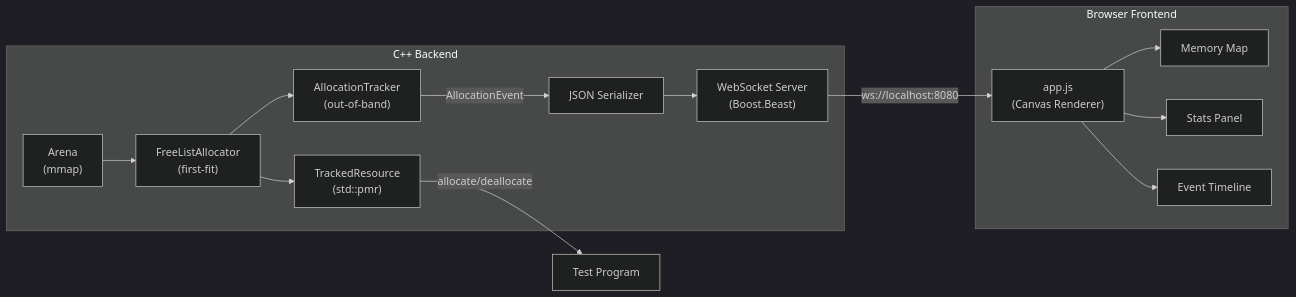
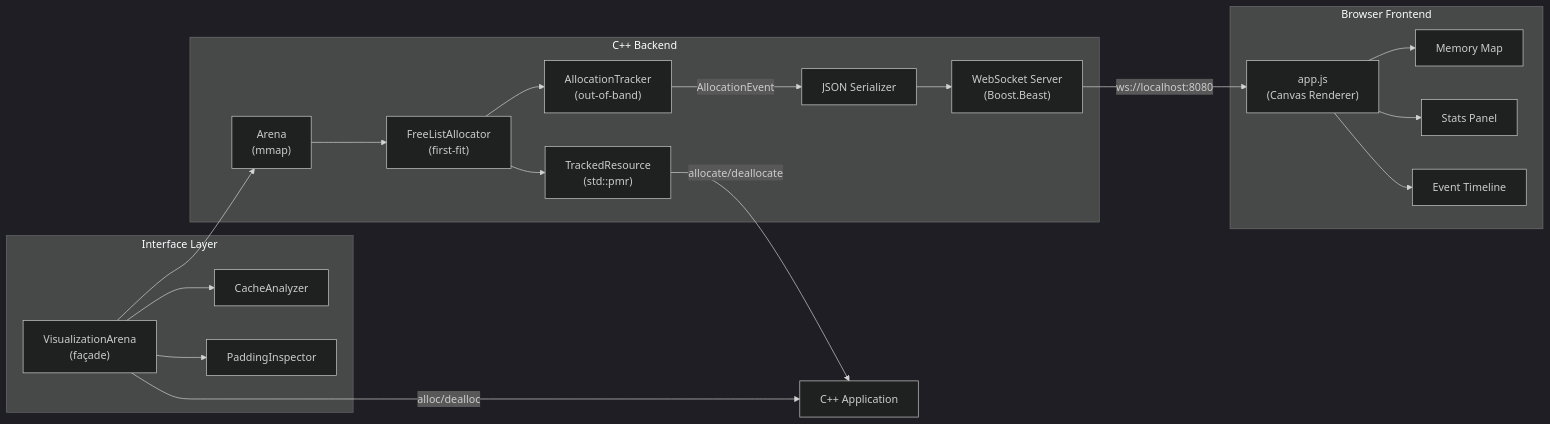
Before and after one commit to tamkhaivo/Memory-Mapping-Visualization: the diagram in README.md, drawn with Mermaid (dark theme). The commit also changed other lines of this file and 14 other files, not shown here.

````diff
--- a/README.md
+++ b/README.md
@@ -7,17 +7,23 @@
 ```mermaid
 flowchart LR
     subgraph "C++ Backend"
         A["Arena<br/>(mmap)"] --> B["FreeListAllocator<br/>(first-fit)"]
         B --> C["TrackedResource<br/>(std::pmr)"]
         B --> D["AllocationTracker<br/>(out-of-band)"]
         D -->|"AllocationEvent"| E["JSON Serializer"]
         E --> F["WebSocket Server<br/>(Boost.Beast)"]
     end
+    subgraph "Interface Layer"
+        VA["VisualizationArena<br/>(façade)"] --> A
+        VA --> CA["CacheAnalyzer"]
+        VA --> PI["PaddingInspector"]
+    end
     subgraph "Browser Frontend"
         F -->|"ws://localhost:8080"| G["app.js<br/>(Canvas Renderer)"]
         G --> H["Memory Map"]
         G --> I["Stats Panel"]
         G --> J["Event Timeline"]
     end
-    C -->|"allocate/deallocate"| K["Test Program"]
+    VA -->|"alloc/dealloc"| K["C++ Application"]
+    C -->|"allocate/deallocate"| K
 ```
````
